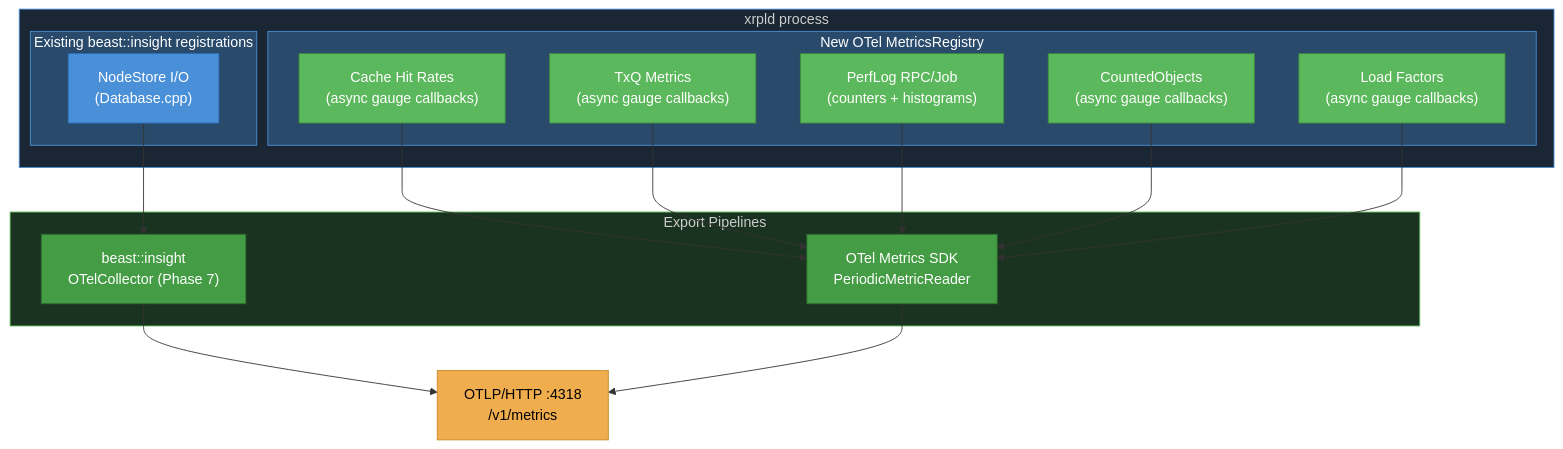
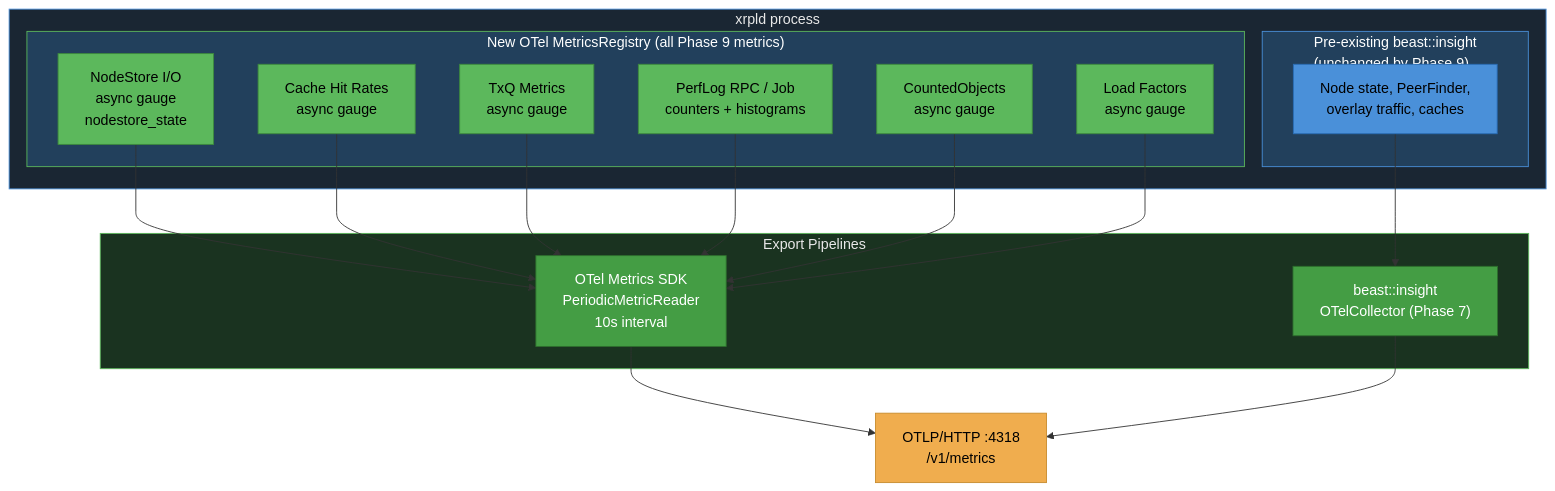
Before and after one commit to XRPLF/rippled: the fifth of 11 diagrams in OpenTelemetryPlan/06-implementation-phases.md, drawn with Mermaid. The commit also changed other lines of this file and 34 other files, not shown here.

````diff
--- a/OpenTelemetryPlan/06-implementation-phases.md
+++ b/OpenTelemetryPlan/06-implementation-phases.md
@@ -700,44 +768,47 @@
 ```mermaid
 flowchart TB
     subgraph xrpld["xrpld process"]
-        subgraph existing["Existing beast::insight registrations"]
-            NS["NodeStore I/O<br/>(Database.cpp)"]
+        subgraph newreg["New OTel MetricsRegistry (all Phase 9 metrics)"]
+            NS["NodeStore I/O<br/>async gauge<br/>nodestore_state"]
+            CR["Cache Hit Rates<br/>async gauge"]
+            TQ["TxQ Metrics<br/>async gauge"]
+            PL["PerfLog RPC / Job<br/>counters + histograms"]
+            CO["CountedObjects<br/>async gauge"]
+            LF["Load Factors<br/>async gauge"]
         end
-        subgraph newreg["New OTel MetricsRegistry"]
-            CR["Cache Hit Rates<br/>(async gauge callbacks)"]
-            TQ["TxQ Metrics<br/>(async gauge callbacks)"]
-            PL["PerfLog RPC/Job<br/>(counters + histograms)"]
-            CO["CountedObjects<br/>(async gauge callbacks)"]
-            LF["Load Factors<br/>(async gauge callbacks)"]
+        subgraph existing["Pre-existing beast::insight<br/>(unchanged by Phase 9)"]
+            IN["Node state, PeerFinder,<br/>overlay traffic, caches"]
         end
     end
 
     subgraph export["Export Pipelines"]
+        OS["OTel Metrics SDK<br/>PeriodicMetricReader<br/>10s interval"]
         BI["beast::insight<br/>OTelCollector (Phase 7)"]
-        OS["OTel Metrics SDK<br/>PeriodicMetricReader"]
     end
 
-    NS --> BI
+    NS --> OS
     CR --> OS
     TQ --> OS
     PL --> OS
     CO --> OS
     LF --> OS
+    IN --> BI
 
-    BI --> OTLP["OTLP/HTTP :4318<br/>/v1/metrics"]
-    OS --> OTLP
+    OS --> OTLP["OTLP/HTTP :4318<br/>/v1/metrics"]
+    BI --> OTLP
 
-    style xrpld fill:#1a2633,color:#ccc,stroke:#4a90d9
-    style existing fill:#2a4a6b,color:#fff,stroke:#4a90d9
-    style newreg fill:#2a4a6b,color:#fff,stroke:#4a90d9
-    style export fill:#1a3320,color:#ccc,stroke:#5cb85c
-    style NS fill:#4a90d9,color:#fff,stroke:#2a6db5
-    style CR fill:#5cb85c,color:#fff,stroke:#3d8b3d
-    style TQ fill:#5cb85c,color:#fff,stroke:#3d8b3d
-    style PL fill:#5cb85c,color:#fff,stroke:#3d8b3d
-    style CO fill:#5cb85c,color:#fff,stroke:#3d8b3d
-    style LF fill:#5cb85c,color:#fff,stroke:#3d8b3d
-    style BI fill:#449d44,color:#fff,stroke:#2d6e2d
-    style OS fill:#449d44,color:#fff,stroke:#2d6e2d
-    style OTLP fill:#f0ad4e,color:#000,stroke:#c78c2e
+    style xrpld fill:#1a2633,color:#e8e8e8,stroke:#4a90d9
+    style newreg fill:#22405c,color:#ffffff,stroke:#5cb85c
+    style existing fill:#22405c,color:#ffffff,stroke:#4a90d9
+    style export fill:#1a3320,color:#e8e8e8,stroke:#5cb85c
+    style NS fill:#5cb85c,color:#000000,stroke:#3d8b3d
+    style CR fill:#5cb85c,color:#000000,stroke:#3d8b3d
+    style TQ fill:#5cb85c,color:#000000,stroke:#3d8b3d
+    style PL fill:#5cb85c,color:#000000,stroke:#3d8b3d
+    style CO fill:#5cb85c,color:#000000,stroke:#3d8b3d
+    style LF fill:#5cb85c,color:#000000,stroke:#3d8b3d
+    style IN fill:#4a90d9,color:#000000,stroke:#2a6db5
+    style OS fill:#449d44,color:#ffffff,stroke:#2d6e2d
+    style BI fill:#449d44,color:#ffffff,stroke:#2d6e2d
+    style OTLP fill:#f0ad4e,color:#000000,stroke:#c78c2e
 ```
````
